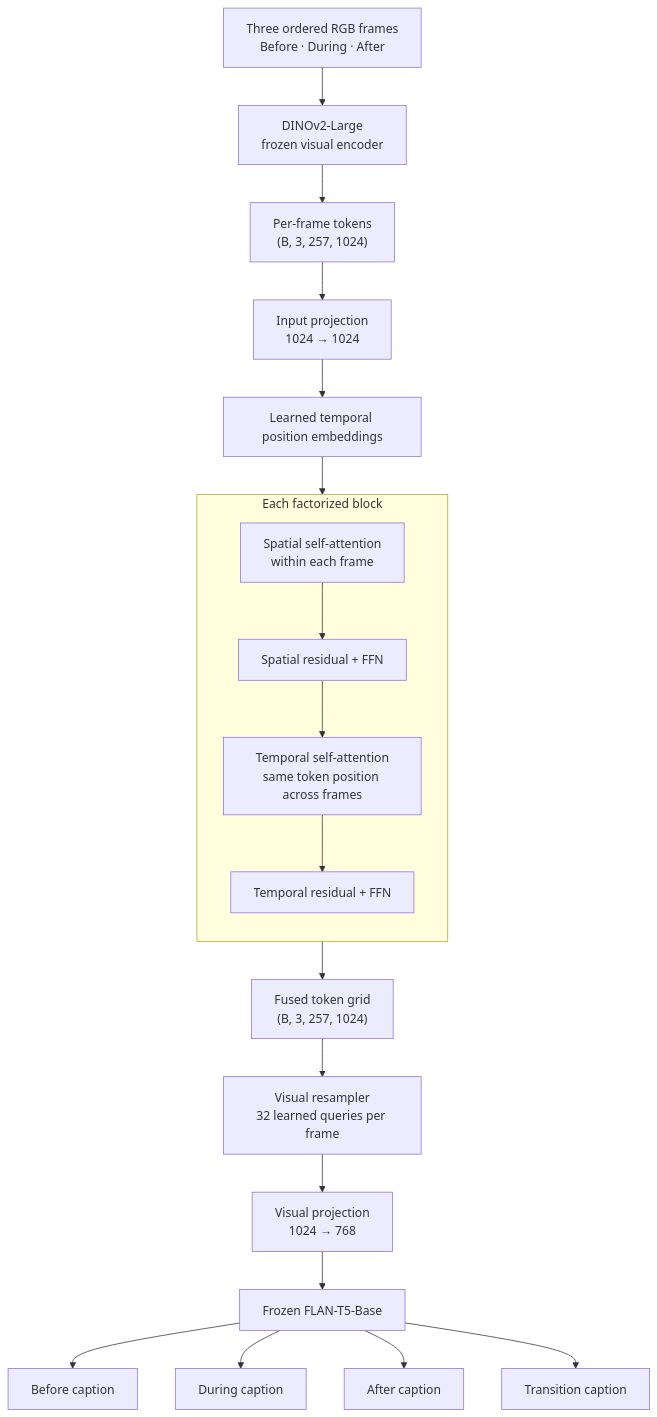
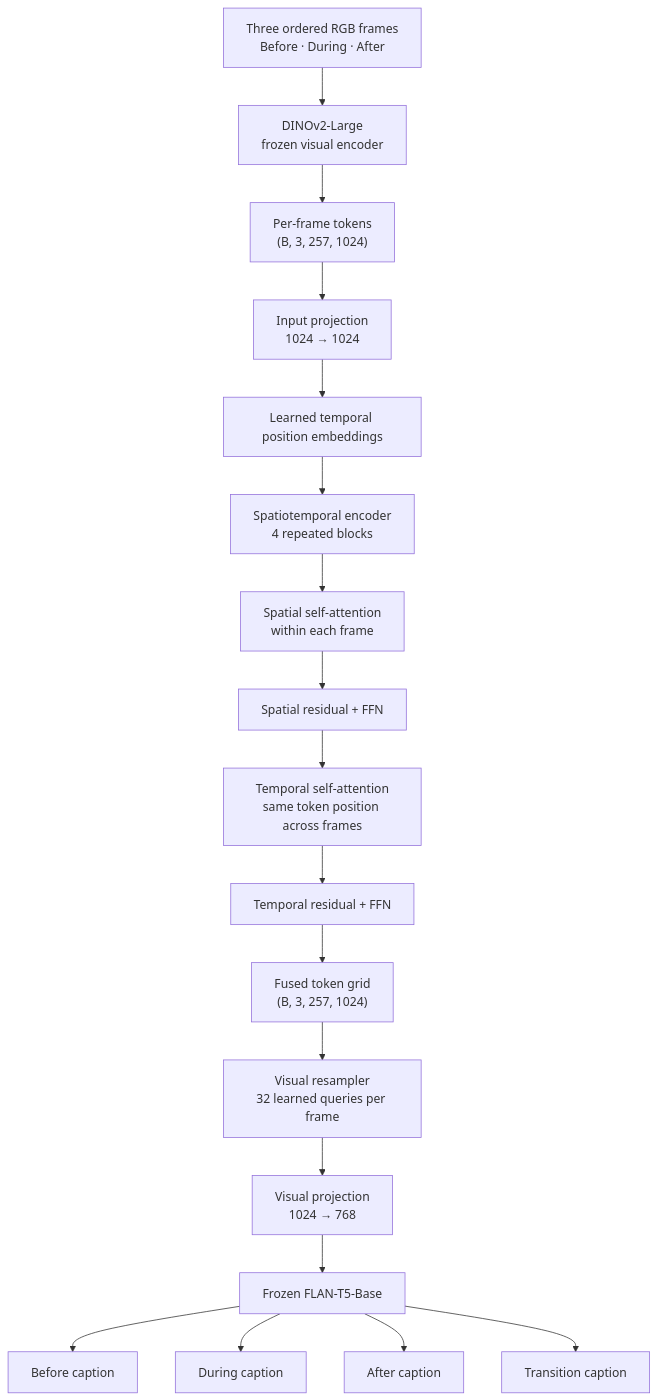
Before and after one commit to prasangeet/semantic-state-transition-detection: the second of 3 diagrams in README.md, drawn with Mermaid. The commit also changed other lines of this file, not shown here.

Commit message:
docs: correct model support, architecture diagrams, and usage instructions

````diff
--- a/README.md
+++ b/README.md
@@ -157,22 +155,20 @@
 ```mermaid
 flowchart TD
   A["Three ordered RGB frames<br/>Before · During · After"] --> B["DINOv2-Large<br/>frozen visual encoder"]
   B --> C["Per-frame tokens<br/>(B, 3, 257, 1024)"]
   C --> D["Input projection<br/>1024 → 1024"]
   D --> E["Learned temporal position embeddings"]
-  E --> F["4 × Factorized SpatioTemporalBlock"]
-  subgraph F["Each factorized block"]
-    direction TB
-    F1["Spatial self-attention<br/>within each frame"] --> F2["Spatial residual + FFN"]
-    F2 --> F3["Temporal self-attention<br/>same token position across frames"]
-    F3 --> F4["Temporal residual + FFN"]
-  end
-  F --> G["Fused token grid<br/>(B, 3, 257, 1024)"]
+  E --> ENCODER_IN["Spatiotemporal encoder<br/>4 repeated blocks"]
+  ENCODER_IN --> F1["Spatial self-attention<br/>within each frame"]
+  F1 --> F2["Spatial residual + FFN"]
+  F2 --> F3["Temporal self-attention<br/>same token position across frames"]
+  F3 --> F4["Temporal residual + FFN"]
+  F4 --> G["Fused token grid<br/>(B, 3, 257, 1024)"]
   G --> H["Visual resampler<br/>32 learned queries per frame"]
   H --> I["Visual projection<br/>1024 → 768"]
   I --> J["Frozen FLAN-T5-Base"]
   J --> K1["Before caption"]
   J --> K2["During caption"]
   J --> K3["After caption"]
   J --> K4["Transition caption"]
 ```
````
